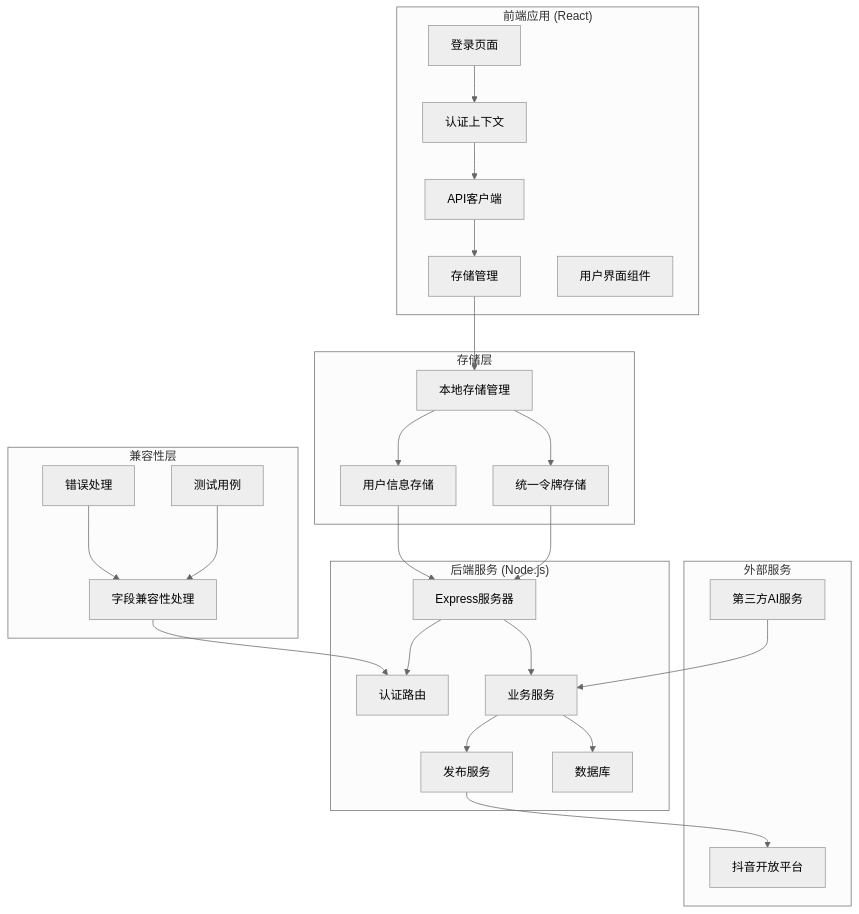
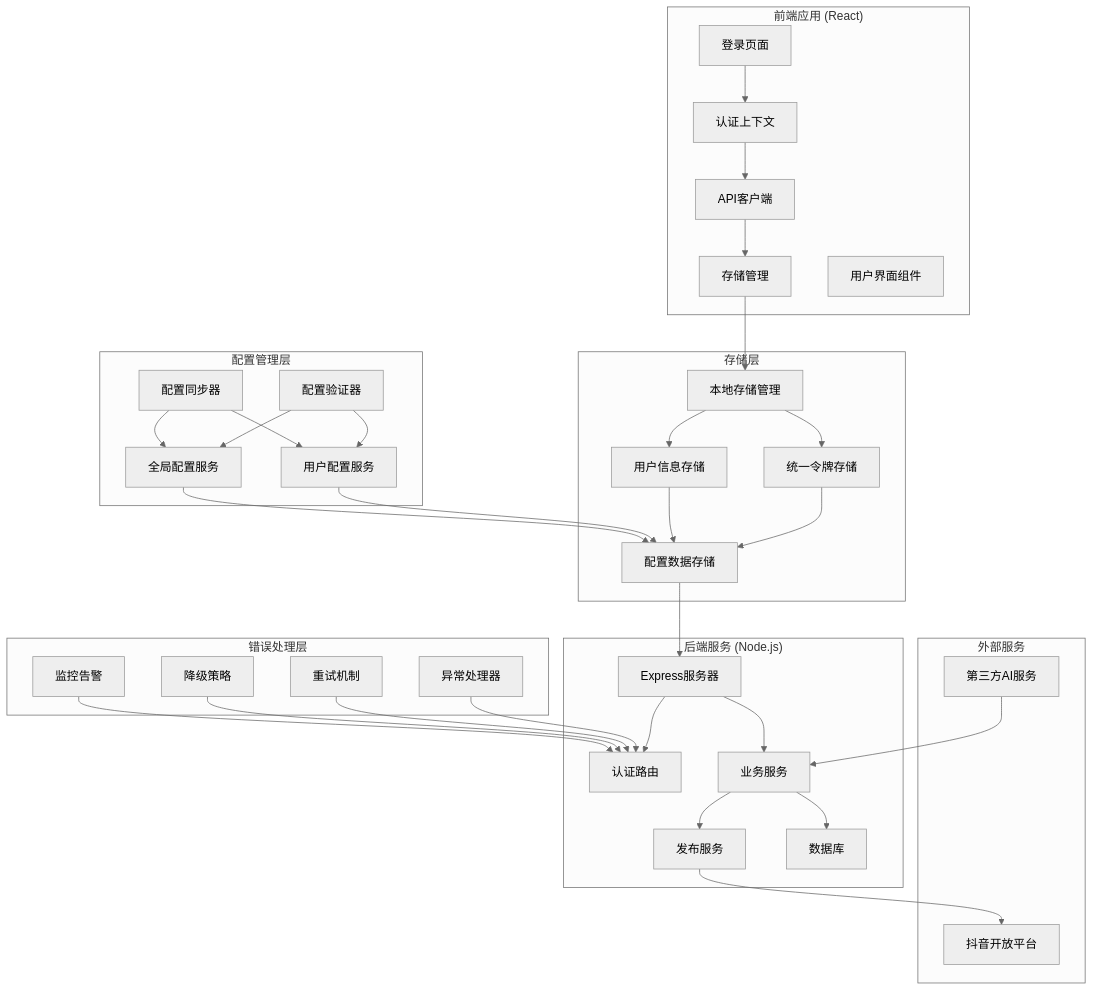
One commit to songdiyang/clawOperations changed the fourth of 15 diagrams in .qoder/repowiki/zh/content/核心模块详解/认证模块/抖音OAuth集成.md. Above: the diagram before and after it, drawn with Mermaid (neutral theme). The commit also changed other lines of this file and 6 other files, not shown here.

````diff
--- a/.qoder/repowiki/zh/content/核心模块详解/认证模块/抖音OAuth集成.md
+++ b/.qoder/repowiki/zh/content/核心模块详解/认证模块/抖音OAuth集成.md
@@ -240,48 +262,64 @@
 ```mermaid
 graph TB
 subgraph "前端应用 (React)"
 A[登录页面]
 B[认证上下文]
 C[API客户端]
 D[存储管理]
 E[用户界面组件]
 end
 subgraph "后端服务 (Node.js)"
 F[Express服务器]
 G[认证路由]
 H[业务服务]
 I[发布服务]
 J[数据库]
 end
 subgraph "外部服务"
 K[抖音开放平台]
 L[第三方AI服务]
 end
-subgraph "兼容性层"
-M[字段兼容性处理]
-N[测试用例]
-O[错误处理]
+subgraph "配置管理层"
+M[用户配置服务]
+N[全局配置服务]
+O[配置验证器]
+P[配置同步器]
 end
 subgraph "存储层"
-P[统一令牌存储]
-Q[用户信息存储]
-R[本地存储管理]
+Q[统一令牌存储]
+R[用户信息存储]
+S[本地存储管理]
+T[配置数据存储]
+end
+subgraph "错误处理层"
+U[异常处理器]
+V[重试机制]
+W[降级策略]
+X[监控告警]
 end
 A --> B
 B --> C
 C --> D
-D --> R
-R --> P
-R --> Q
-P --> F
-Q --> F
+D --> S
+S --> Q
+S --> R
+Q --> T
+R --> T
+T --> F
 F --> G
 F --> H
 H --> I
 I --> K
 H --> J
 L --> H
-M --> G
-N --> M
+M --> T
+N --> T
 O --> M
+O --> N
+P --> M
+P --> N
+U --> G
+V --> G
+W --> G
+X --> G
 ```
````
